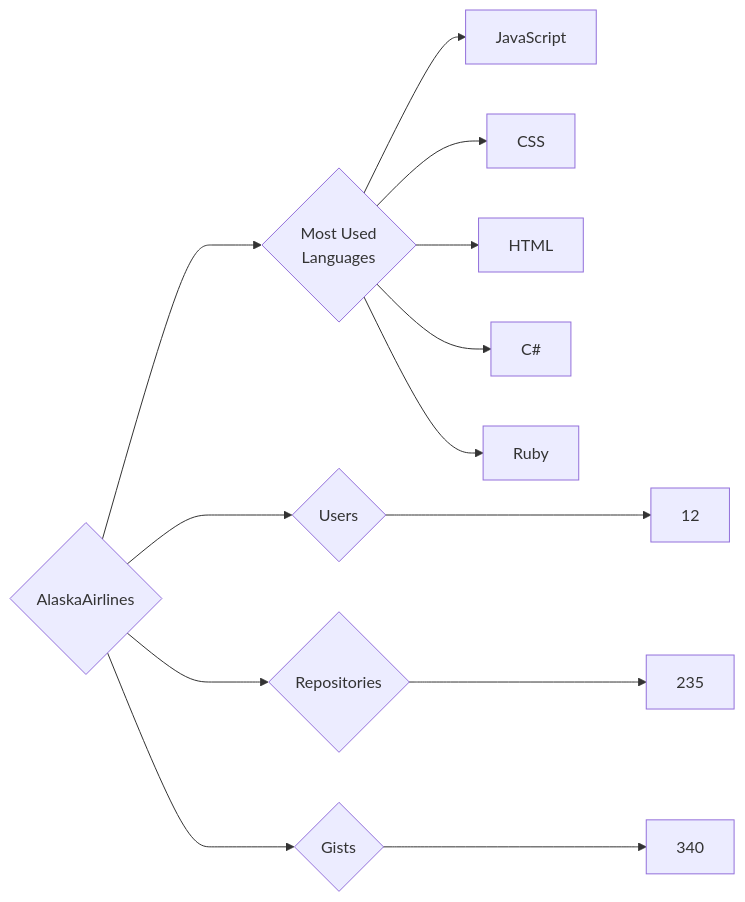
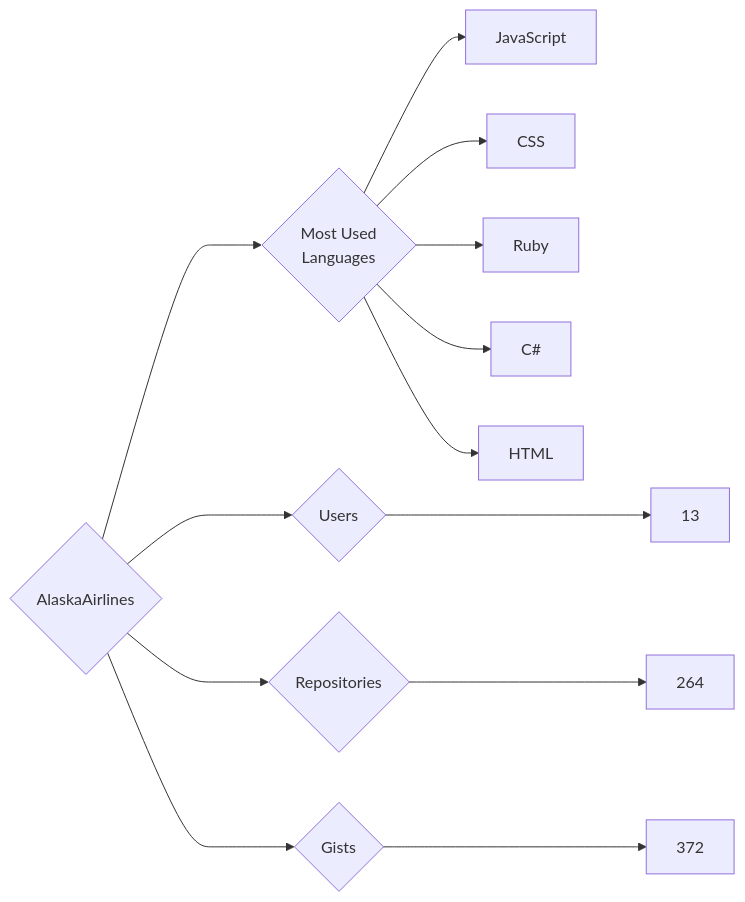
One commit to trickest/insiders changed the diagram in targets/AlaskaAirlines/README.md. Above: the diagram before and after it, drawn with Mermaid. The commit also changed 1020 other files, not shown here.

````diff
--- a/targets/AlaskaAirlines/README.md
+++ b/targets/AlaskaAirlines/README.md
@@ -3,13 +3,13 @@
 ```mermaid
 graph LR
 COMPANY_NAME{AlaskaAirlines}
-COMPANY_NAME ---> U{Users} ---> UN[12]
-COMPANY_NAME ---> R{Repositories} ---> RN[235]
-COMPANY_NAME ---> G{Gists} ---> GN[340]
+COMPANY_NAME ---> U{Users} ---> UN[13]
+COMPANY_NAME ---> R{Repositories} ---> RN[264]
+COMPANY_NAME ---> G{Gists} ---> GN[372]
 COMPANY_NAME ---> ML{Most Used<br>Languages}
 ML --> JavaScript[JavaScript]
 ML --> CSS[CSS]
+ML --> Ruby[Ruby]
+ML --> C#[C#]
 ML --> HTML[HTML]
-ML --> C#[C#]
-ML --> Ruby[Ruby]
 ```
````
